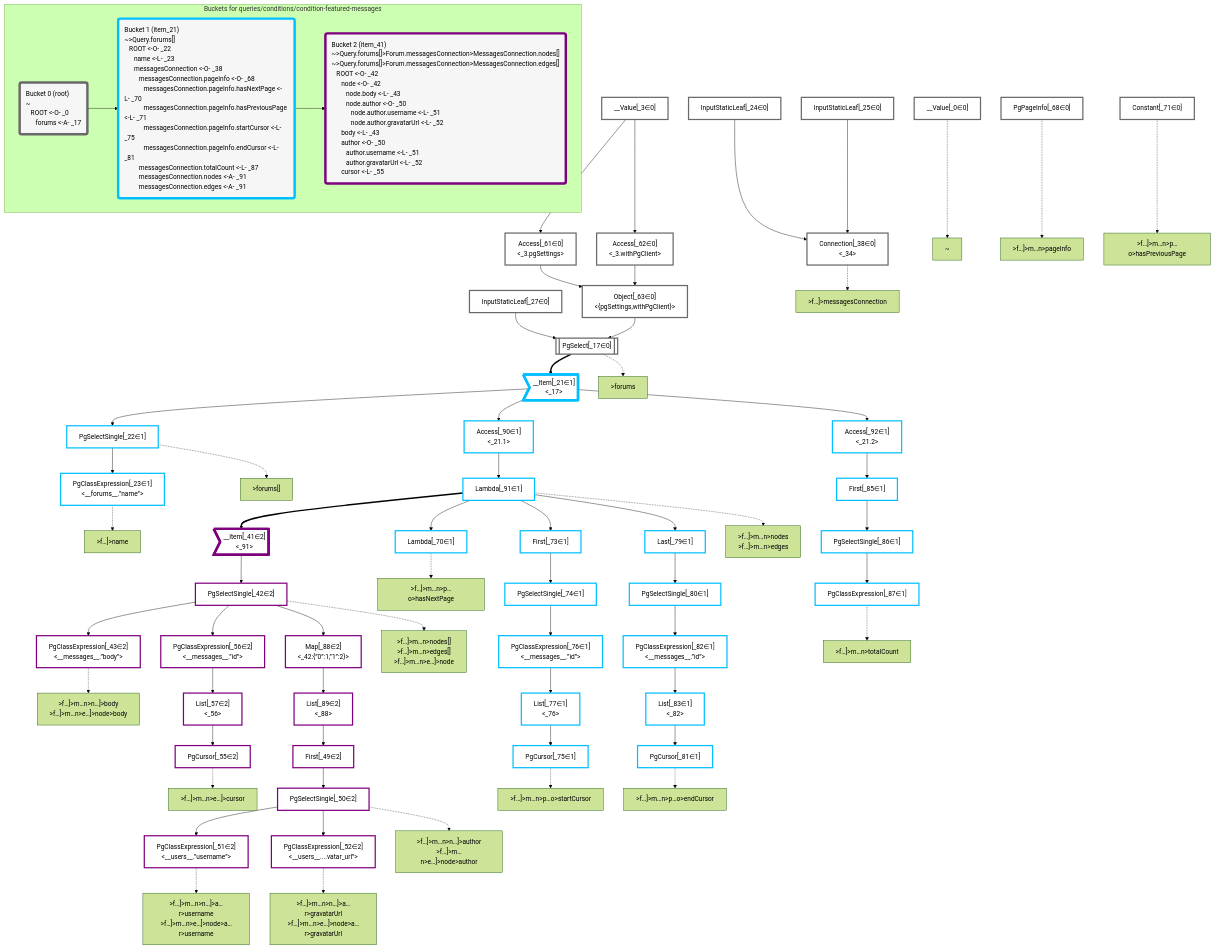
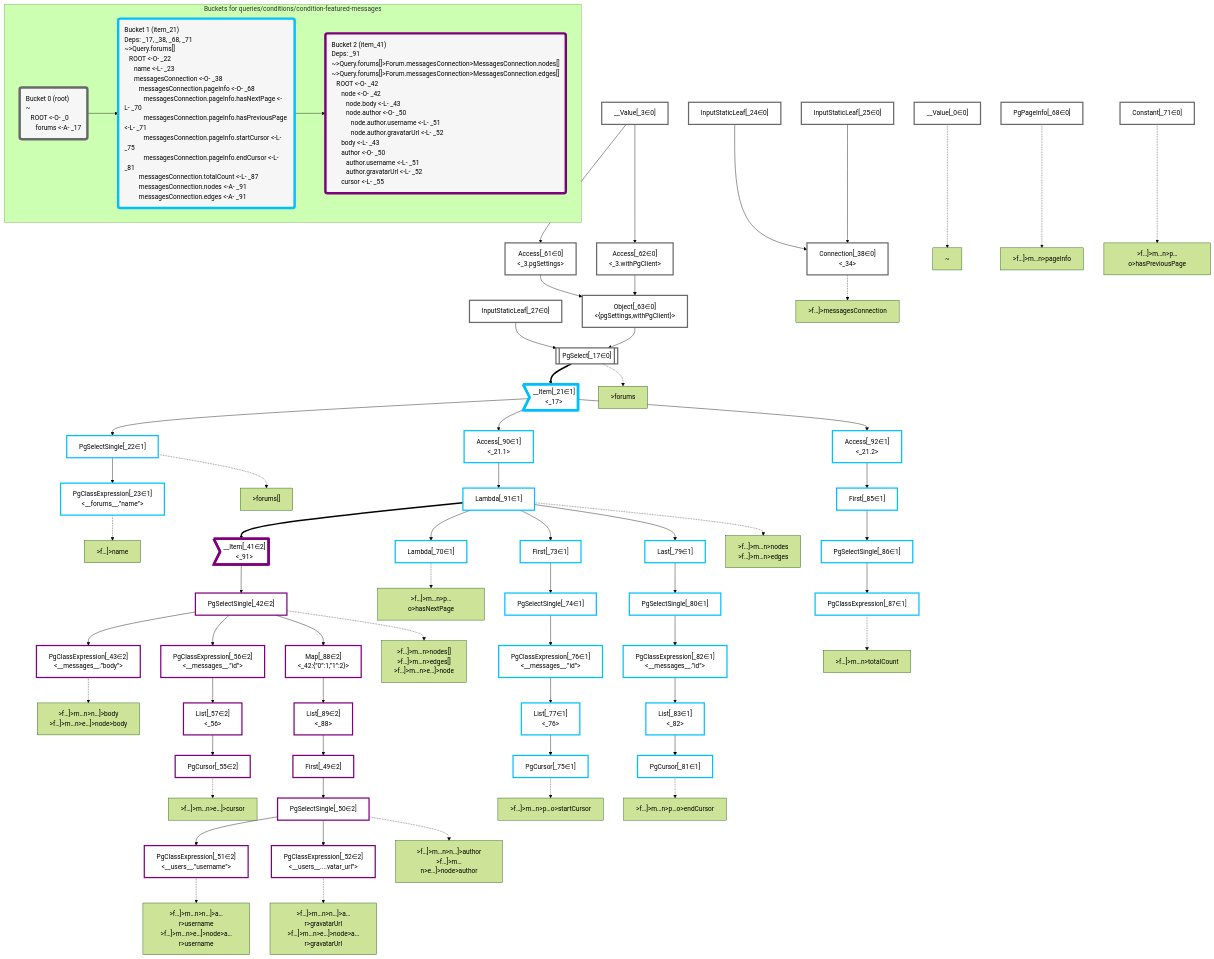
One commit to graphile/crystal changed the diagram in packages/dataplan-pg/__tests__/queries/conditions/condition-featured-messages.mermaid.md. Above: the diagram before and after it, drawn with Mermaid (forest theme). The commit also changed 157 other files, not shown here.

Commit message:
Add deps to all query snapshots

```diff
--- a/packages/dataplan-pg/__tests__/queries/conditions/condition-featured-messages.mermaid.md
+++ b/packages/dataplan-pg/__tests__/queries/conditions/condition-featured-messages.mermaid.md
@@ -144,10 +144,10 @@
     subgraph "Buckets for queries/conditions/condition-featured-messages"
     Bucket0("Bucket 0 (root)<br />~<br />⠀ROOT <-O- _0<br />⠀⠀forums <-A- _17"):::bucket
     style Bucket0 stroke:#696969
-    Bucket1("Bucket 1 (item_21)<br />~>Query.forums[]<br />⠀ROOT <-O- _22<br />⠀⠀name <-L- _23<br />⠀⠀messagesConnection <-O- _38<br />⠀⠀⠀messagesConnection.pageInfo <-O- _68<br />⠀⠀⠀⠀messagesConnection.pageInfo.hasNextPage <-L- _70<br />⠀⠀⠀⠀messagesConnection.pageInfo.hasPreviousPage <-L- _71<br />⠀⠀⠀⠀messagesConnection.pageInfo.startCursor <-L- _75<br />⠀⠀⠀⠀messagesConnection.pageInfo.endCursor <-L- _81<br />⠀⠀⠀messagesConnection.totalCount <-L- _87<br />⠀⠀⠀messagesConnection.nodes <-A- _91<br />⠀⠀⠀messagesConnection.edges <-A- _91"):::bucket
+    Bucket1("Bucket 1 (item_21)<br />Deps: _17, _38, _68, _71<br />~>Query.forums[]<br />⠀ROOT <-O- _22<br />⠀⠀name <-L- _23<br />⠀⠀messagesConnection <-O- _38<br />⠀⠀⠀messagesConnection.pageInfo <-O- _68<br />⠀⠀⠀⠀messagesConnection.pageInfo.hasNextPage <-L- _70<br />⠀⠀⠀⠀messagesConnection.pageInfo.hasPreviousPage <-L- _71<br />⠀⠀⠀⠀messagesConnection.pageInfo.startCursor <-L- _75<br />⠀⠀⠀⠀messagesConnection.pageInfo.endCursor <-L- _81<br />⠀⠀⠀messagesConnection.totalCount <-L- _87<br />⠀⠀⠀messagesConnection.nodes <-A- _91<br />⠀⠀⠀messagesConnection.edges <-A- _91"):::bucket
     style Bucket1 stroke:#00bfff
     Bucket0 --> Bucket1
-    Bucket2("Bucket 2 (item_41)<br />~>Query.forums[]>Forum.messagesConnection>MessagesConnection.nodes[]<br />~>Query.forums[]>Forum.messagesConnection>MessagesConnection.edges[]<br />⠀ROOT <-O- _42<br />⠀⠀node <-O- _42<br />⠀⠀⠀node.body <-L- _43<br />⠀⠀⠀node.author <-O- _50<br />⠀⠀⠀⠀node.author.username <-L- _51<br />⠀⠀⠀⠀node.author.gravatarUrl <-L- _52<br />⠀⠀body <-L- _43<br />⠀⠀author <-O- _50<br />⠀⠀⠀author.username <-L- _51<br />⠀⠀⠀author.gravatarUrl <-L- _52<br />⠀⠀cursor <-L- _55"):::bucket
+    Bucket2("Bucket 2 (item_41)<br />Deps: _91<br />~>Query.forums[]>Forum.messagesConnection>MessagesConnection.nodes[]<br />~>Query.forums[]>Forum.messagesConnection>MessagesConnection.edges[]<br />⠀ROOT <-O- _42<br />⠀⠀node <-O- _42<br />⠀⠀⠀node.body <-L- _43<br />⠀⠀⠀node.author <-O- _50<br />⠀⠀⠀⠀node.author.username <-L- _51<br />⠀⠀⠀⠀node.author.gravatarUrl <-L- _52<br />⠀⠀body <-L- _43<br />⠀⠀author <-O- _50<br />⠀⠀⠀author.username <-L- _51<br />⠀⠀⠀author.gravatarUrl <-L- _52<br />⠀⠀cursor <-L- _55"):::bucket
     style Bucket2 stroke:#7f007f
     Bucket1 --> Bucket2
     end
```
